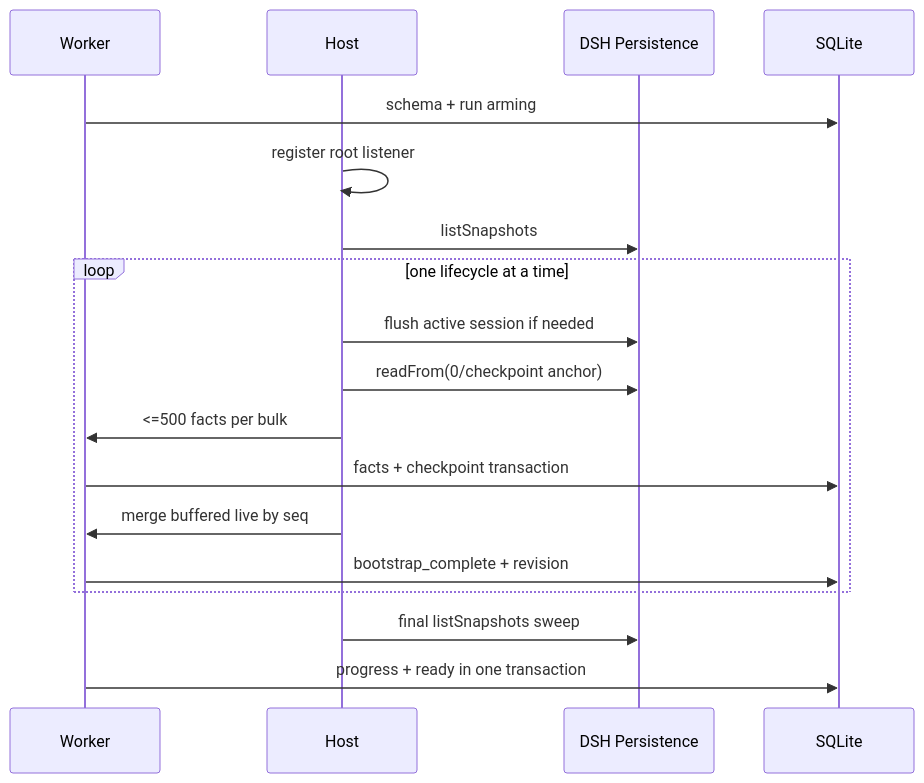
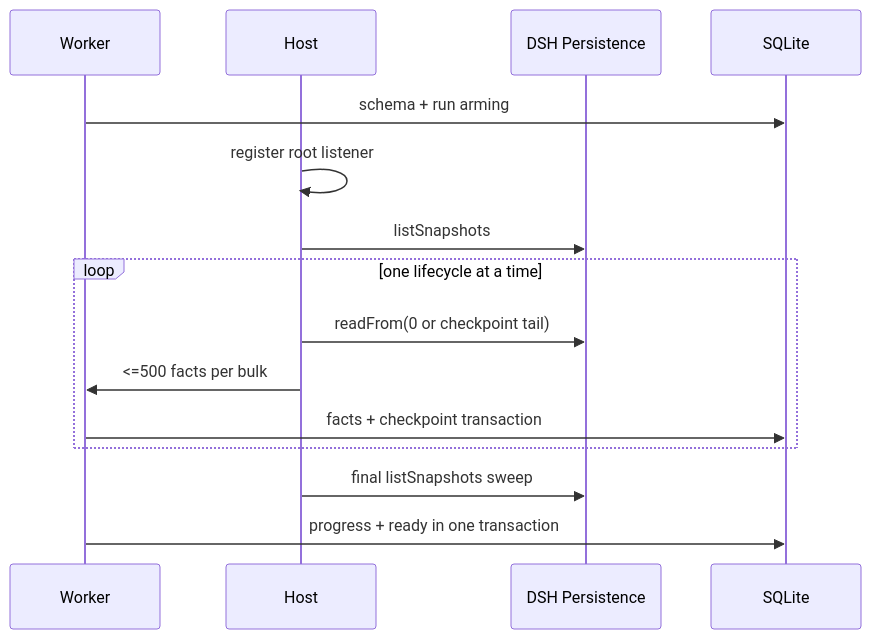
Before and after one commit to easonLiangWorldedtech/dsh-token-dashboard: the fifth of 6 diagrams in docs/durable-usage-architecture.md, drawn with Mermaid. The commit also changed other lines of this file and 1 other file, not shown here.

First line of the commit message:
docs: align architecture doc and glossary with implemented recovery

````diff
--- a/docs/durable-usage-architecture.md
+++ b/docs/durable-usage-architecture.md
@@ -387,20 +387,17 @@
 ```mermaid
 sequenceDiagram
   participant W as Worker
   participant H as Host
   participant P as DSH Persistence
   participant S as SQLite
   W->>S: schema + run arming
   H->>H: register root listener
   H->>P: listSnapshots
   loop one lifecycle at a time
-    H->>P: flush active session if needed
-    H->>P: readFrom(0/checkpoint anchor)
+    H->>P: readFrom(0 or checkpoint tail)
     H->>W: <=500 facts per bulk
     W->>S: facts + checkpoint transaction
-    H->>W: merge buffered live by seq
-    W->>S: bootstrap_complete + revision
   end
   H->>P: final listSnapshots sweep
   W->>S: progress + ready in one transaction
 ```
````
